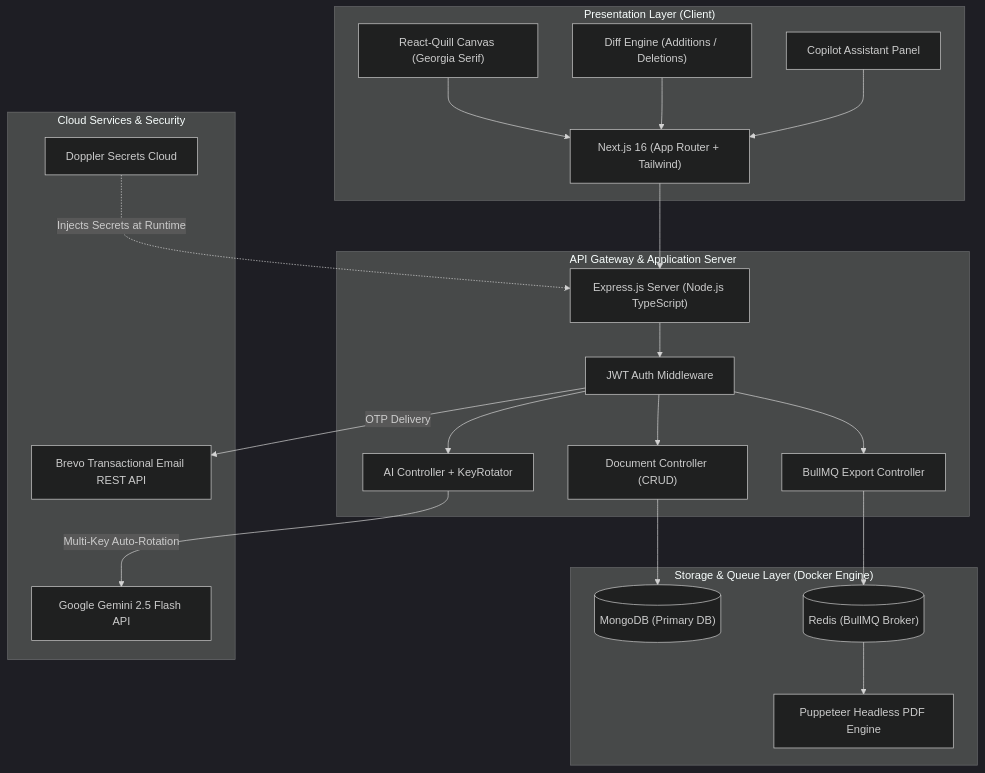
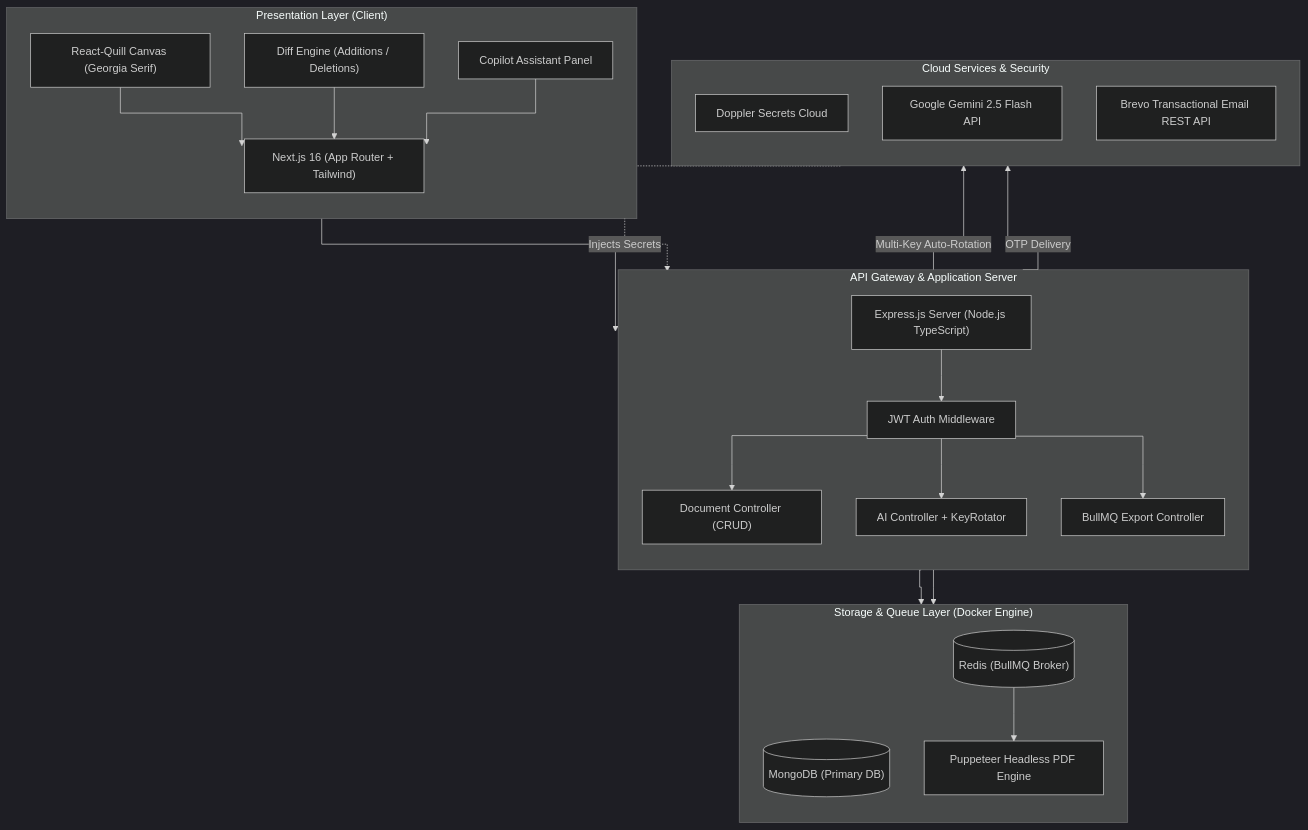
One commit to VinayakGaikwad101/project-practical changed the diagram in diagrams/2_system_architecture.mmd. Above: the diagram before and after it, drawn with Mermaid (dark theme). The commit also changed 4 other files, not shown here.

Commit message:
style: configure orthogonal 90-degree lines across all diagrams

```diff
--- a/diagrams/2_system_architecture.mmd
+++ b/diagrams/2_system_architecture.mmd
@@ -1,44 +1,52 @@
 flowchart TD
+    %% Global orthogonal styling
+    linkStyle default interpolate stepAfter
+
     subgraph ClientLayer["Presentation Layer (Client)"]
+        direction TB
         UI["Next.js 16 (App Router + Tailwind)"]
         Canvas["React-Quill Canvas (Georgia Serif)"]
         DiffUI["Diff Engine (Additions / Deletions)"]
         ChatUI["Copilot Assistant Panel"]
+
+        Canvas --> UI
+        DiffUI --> UI
+        ChatUI --> UI
     end
 
     subgraph APILayer["API Gateway & Application Server"]
+        direction TB
         Express["Express.js Server (Node.js TypeScript)"]
         AuthMid["JWT Auth Middleware"]
         DocCtrl["Document Controller (CRUD)"]
         AICtrl["AI Controller + KeyRotator"]
         QueueCtrl["BullMQ Export Controller"]
+
+        Express --> AuthMid
+        AuthMid --> DocCtrl
+        AuthMid --> AICtrl
+        AuthMid --> QueueCtrl
     end
 
     subgraph DataLayer["Storage & Queue Layer (Docker Engine)"]
+        direction TB
         Mongo[("MongoDB (Primary DB)")]
         Redis[("Redis (BullMQ Broker)")]
         PuppeteerWorker["Puppeteer Headless PDF Engine"]
+
+        Redis --> PuppeteerWorker
     end
 
     subgraph ExternalCloud["Cloud Services & Security"]
+        direction TB
         Doppler["Doppler Secrets Cloud"]
         GeminiCloud["Google Gemini 2.5 Flash API"]
         BrevoCloud["Brevo Transactional Email REST API"]
     end
 
     UI --> Express
-    Canvas --> UI
-    DiffUI --> UI
-    ChatUI --> UI
-
-    Express --> AuthMid
-    AuthMid --> DocCtrl
-    AuthMid --> AICtrl
-    AuthMid --> QueueCtrl
-
-    Doppler -.->|"Injects Secrets at Runtime"| Express
+    Doppler -.->|"Injects Secrets"| Express
     DocCtrl --> Mongo
     QueueCtrl --> Redis
-    Redis --> PuppeteerWorker
     AICtrl -->|"Multi-Key Auto-Rotation"| GeminiCloud
     AuthMid -->|"OTP Delivery"| BrevoCloud
```
